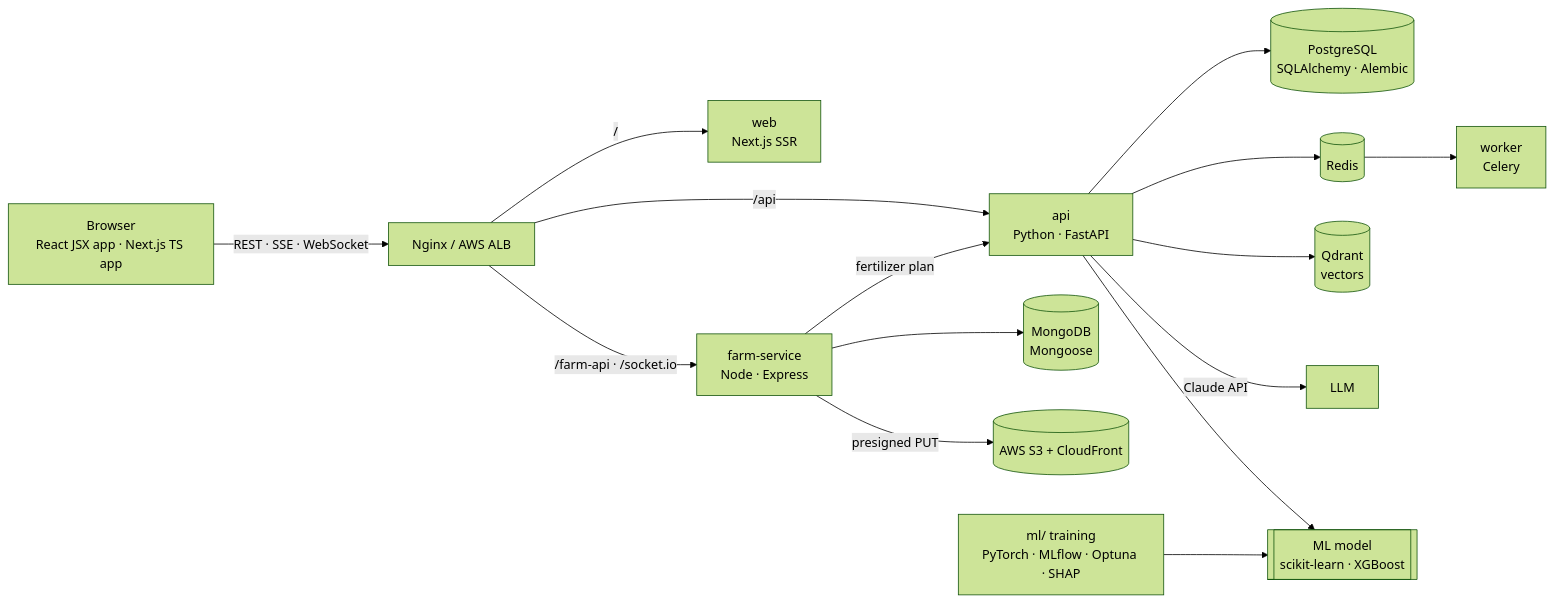
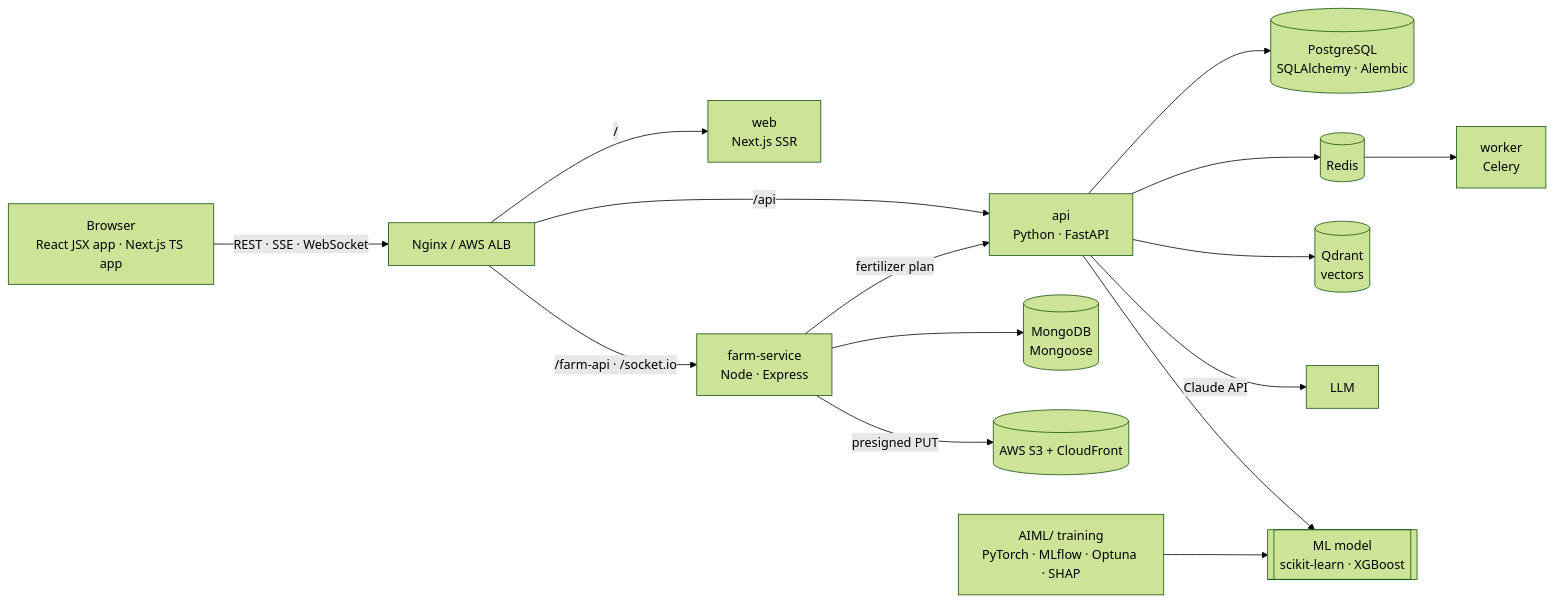
The diagram in README.md (Aamiruem/Agricultural-Production-Optimization), drawn with Mermaid (forest theme) before and after one commit. The commit also changed other lines of this file and 8 other files, not shown here.

````diff
--- a/README.md
+++ b/README.md
@@ -8,16 +8,16 @@
 ```mermaid
 flowchart LR
   B[Browser<br/>React JSX app · Next.js TS app] -->|REST · SSE · WebSocket| N[Nginx / AWS ALB]
   N -->|/| W[web<br/>Next.js SSR]
   N -->|/api| A[api<br/>Python · FastAPI]
   N -->|/farm-api · /socket.io| F[farm-service<br/>Node · Express]
   A --> PG[(PostgreSQL<br/>SQLAlchemy · Alembic)]
   A --> R[(Redis)] --> C[worker<br/>Celery]
   A --> Q[(Qdrant<br/>vectors)]
   A -->|Claude API| L[LLM]
   A --> M[[ML model<br/>scikit-learn · XGBoost]]
   F --> MG[(MongoDB<br/>Mongoose)]
   F -->|presigned PUT| S3[(AWS S3 + CloudFront)]
   F -->|fertilizer plan| A
-  T[ml/ training<br/>PyTorch · MLflow · Optuna · SHAP] --> M
+  T[AIML/ training<br/>PyTorch · MLflow · Optuna · SHAP] --> M
 ```
````
